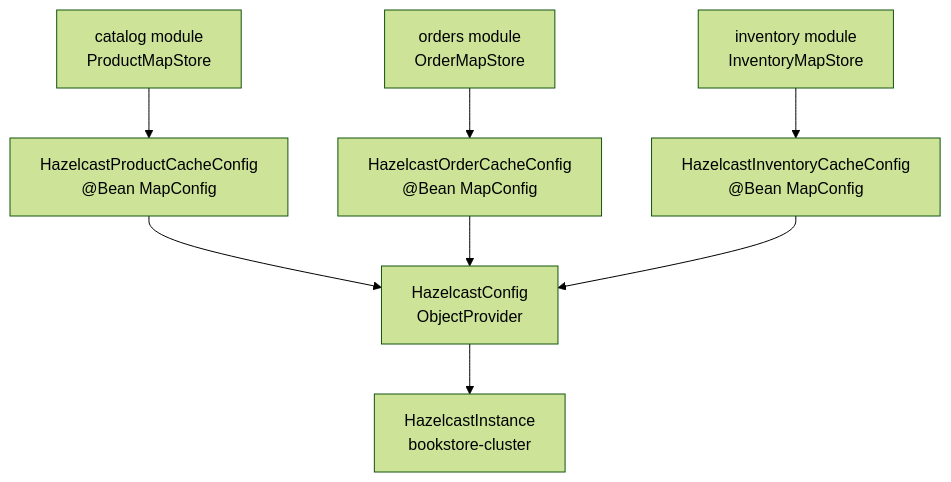
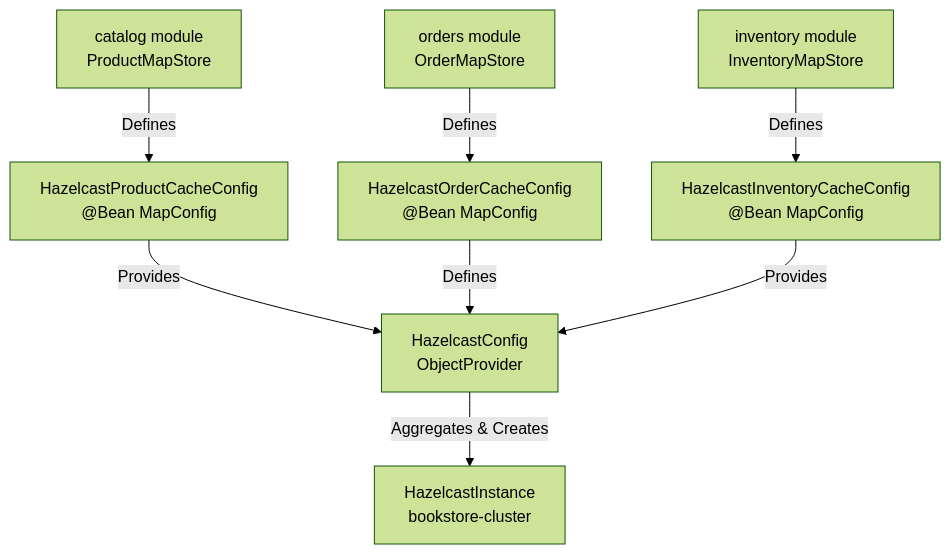
Before and after one commit to philipz/spring-modular-monolith: the second of 8 diagrams in docs/deepwiki/Config-Module.md, drawn with Mermaid (forest theme). The commit also changed other lines of this file and 55 other files, not shown here.

````diff
--- a/docs/deepwiki/Config-Module.md
+++ b/docs/deepwiki/Config-Module.md
@@ -135,20 +135,20 @@
 ```mermaid
 flowchart TD
 
 CatalogModule["catalog module<br>ProductMapStore"]
 OrdersModule["orders module<br>OrderMapStore"]
 InventoryModule["inventory module<br>InventoryMapStore"]
 CatalogCfg["HazelcastProductCacheConfig<br>@Bean MapConfig"]
 OrdersCfg["HazelcastOrderCacheConfig<br>@Bean MapConfig"]
 InventoryCfg["HazelcastInventoryCacheConfig<br>@Bean MapConfig"]
 HZConfig["HazelcastConfig<br>ObjectProvider"]
 HZInstance["HazelcastInstance<br>bookstore-cluster"]
 
-CatalogModule --> CatalogCfg
-OrdersModule --> OrdersCfg
-InventoryModule --> InventoryCfg
-CatalogCfg --> HZConfig
-OrdersCfg --> HZConfig
-InventoryCfg --> HZConfig
-HZConfig --> HZInstance
+CatalogModule -->|"Defines"| CatalogCfg
+OrdersModule -->|"Defines"| OrdersCfg
+InventoryModule -->|"Defines"| InventoryCfg
+CatalogCfg -->|"Provides"| HZConfig
+OrdersCfg -->|"Defines"| HZConfig
+InventoryCfg -->|"Provides"| HZConfig
+HZConfig -->|"Aggregates & Creates"| HZInstance
 ```
````
